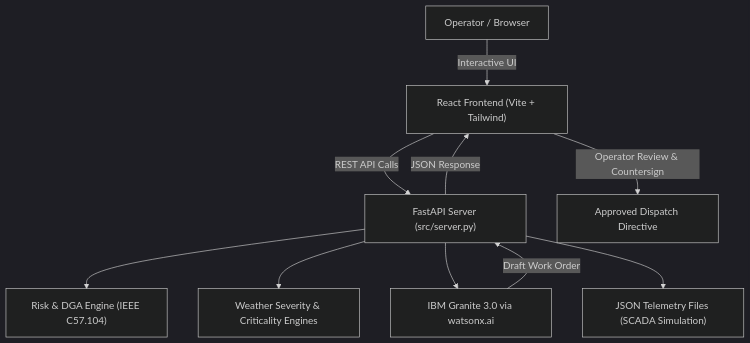
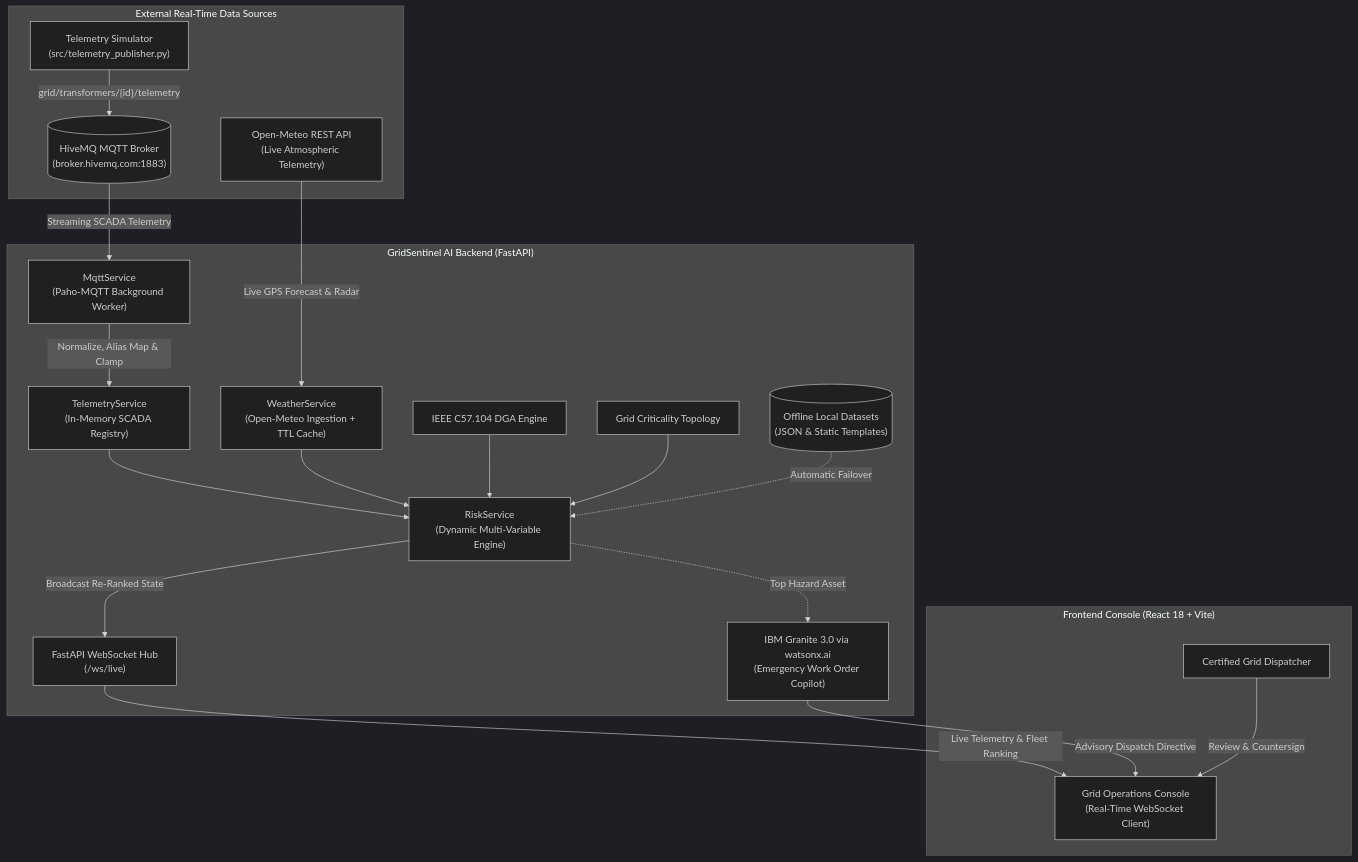
Before and after one commit to mahek1907/bob-ai-hackathon-Team-Mantra: the diagram in README.md, drawn with Mermaid (dark theme). The commit also changed other lines of this file and 19 other files, not shown here.

Commit message:
Integrate live telemetry and backend services

````diff
--- a/README.md
+++ b/README.md
@@ -207,12 +207,35 @@
 ```mermaid
 graph TD
-    A["Operator / Browser"] -->|"Interactive UI"| B["React Frontend (Vite + Tailwind)"]
-    B -->|"REST API Calls"| C["FastAPI Server (src/server.py)"]
-    C --> D["Risk & DGA Engine (IEEE C57.104)"]
-    C --> E["Weather Severity & Criticality Engines"]
-    C --> F["IBM Granite 3.0 via watsonx.ai"]
-    C --> G["JSON Telemetry Files (SCADA Simulation)"]
-    F -->|"Draft Work Order"| C
-    C -->|"JSON Response"| B
-    B -->|"Operator Review & Countersign"| H["Approved Dispatch Directive"]
+    subgraph "External Real-Time Data Sources"
+        OM["Open-Meteo REST API<br/>(Live Atmospheric Telemetry)"]
+        SIM["Telemetry Simulator<br/>(src/telemetry_publisher.py)"]
+        BROKER[("HiveMQ MQTT Broker<br/>(broker.hivemq.com:1883)")]
+        SIM -->|"grid/transformers/{id}/telemetry"| BROKER
+    end
+
+    subgraph "GridSentinel AI Backend (FastAPI)"
+        MQTT_SUB["MqttService<br/>(Paho-MQTT Background Worker)"]
+        BROKER -->|Streaming SCADA Telemetry| MQTT_SUB
+        W_SVC["WeatherService<br/>(Open-Meteo Ingestion + TTL Cache)"]
+        OM -->|Live GPS Forecast & Radar| W_SVC
+        TELEM_REG["TelemetryService<br/>(In-Memory SCADA Registry)"]
+        MQTT_SUB -->|Normalize, Alias Map & Clamp| TELEM_REG
+        RISK["RiskService<br/>(Dynamic Multi-Variable Engine)"]
+        TELEM_REG --> RISK
+        W_SVC --> RISK
+        DGA["IEEE C57.104 DGA Engine"] --> RISK
+        CRIT["Grid Criticality Topology"] --> RISK
+        WS_HUB["FastAPI WebSocket Hub<br/>(/ws/live)"]
+        RISK -->|Broadcast Re-Ranked State| WS_HUB
+        GRANITE["IBM Granite 3.0 via watsonx.ai<br/>(Emergency Work Order Copilot)"]
+        RISK -.->|Top Hazard Asset| GRANITE
+        FALLBACK[("Offline Local Datasets<br/>(JSON & Static Templates)")] -.->|Automatic Failover| RISK
+    end
+
+    subgraph "Frontend Console (React 18 + Vite)"
+        UI["Grid Operations Console<br/>(Real-Time WebSocket Client)"]
+        WS_HUB -->|Live Telemetry & Fleet Ranking| UI
+        GRANITE -->|Advisory Dispatch Directive| UI
+        OPERATOR["Certified Grid Dispatcher"] -->|Review & Countersign| UI
+    end
 ```
````
